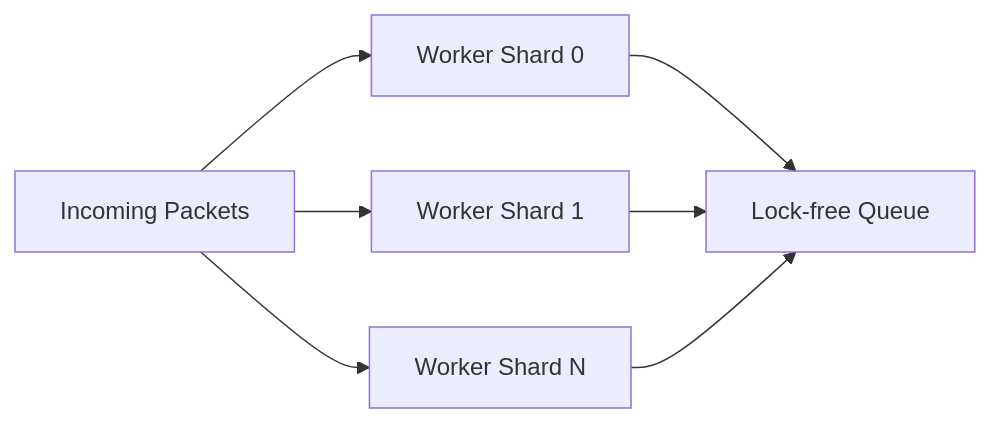
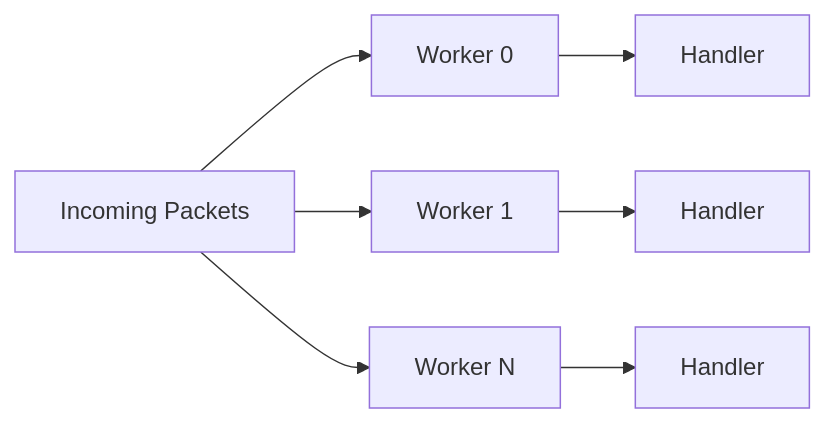
One commit to ppn-systems/Nalix changed the diagram in docs/concepts/performance-optimizations.md. Above: the diagram before and after it, drawn with Mermaid. The commit also changed other lines of this file and 75 other files, not shown here.

````diff
--- a/docs/concepts/performance-optimizations.md
+++ b/docs/concepts/performance-optimizations.md
@@ -21,9 +25,9 @@
 ```mermaid
 graph LR
-    Incoming["Incoming Packets"] --> Shard0["Worker Shard 0"]
-    Incoming --> Shard1["Worker Shard 1"]
-    Incoming --> ShardN["Worker Shard N"]
-    Shard0 --> LockFree["Lock-free Queue"]
-    Shard1 --> LockFree
-    ShardN --> LockFree
+    Incoming["Incoming Packets"] --> Shard0["Worker 0"]
+    Incoming --> Shard1["Worker 1"]
+    Incoming --> ShardN["Worker N"]
+    Shard0 --> Handler0["Handler"]
+    Shard1 --> Handler1["Handler"]
+    ShardN --> HandlerN["Handler"]
 ```
````
